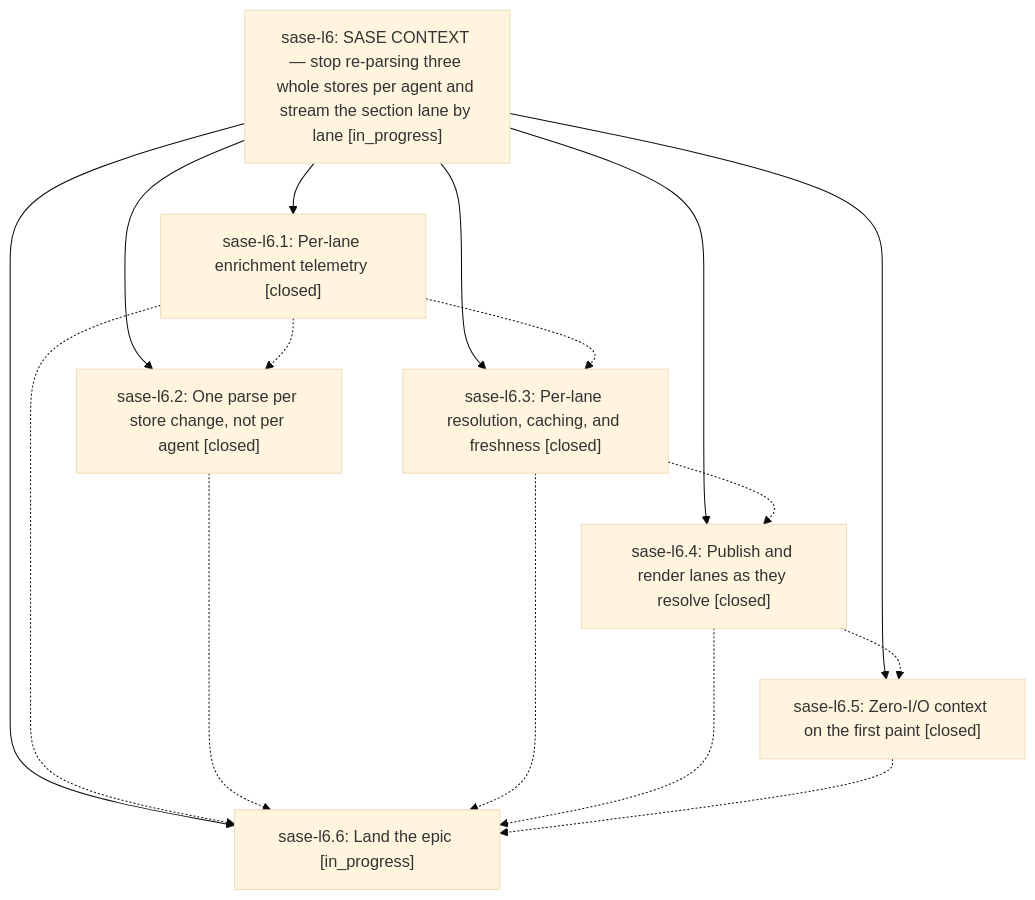
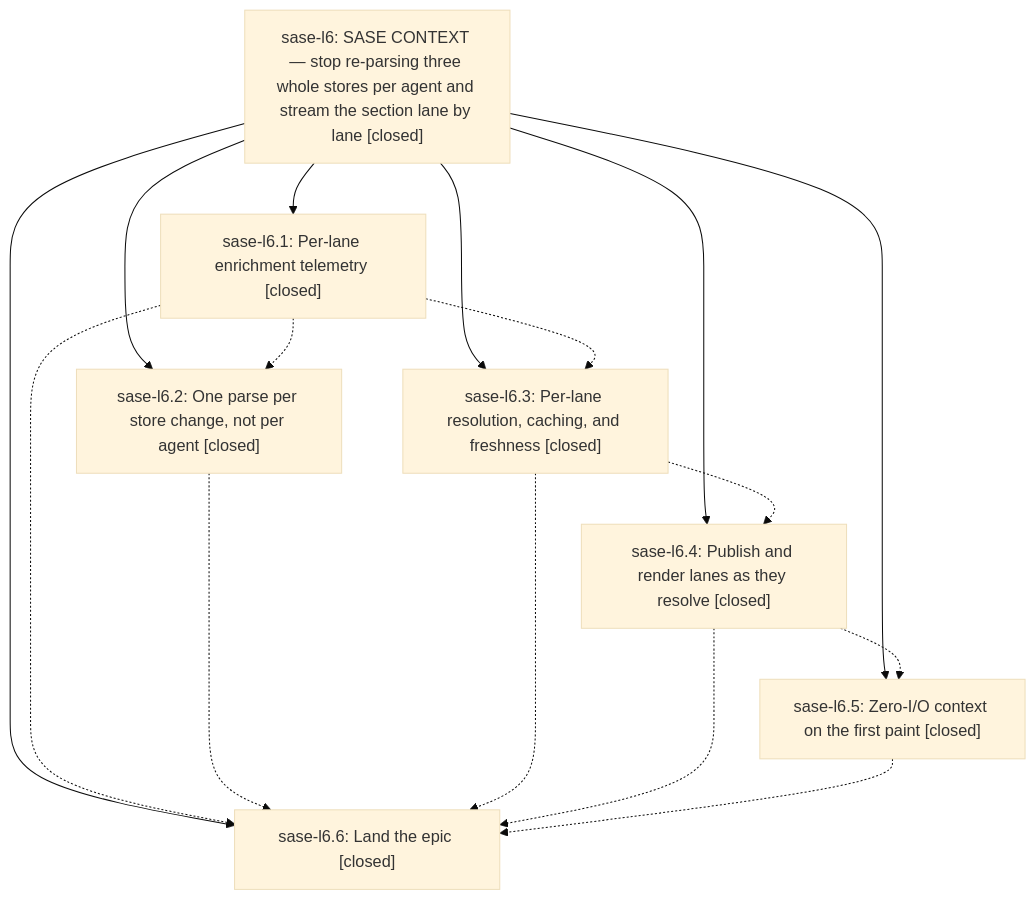
One commit to sase-org/sase--beads changed the diagram in pages/sase-l6/README.md. Above: the diagram before and after it, drawn with Mermaid (base theme). The commit also changed other lines of this file and 6 other files, not shown here.

````diff
--- a/pages/sase-l6/README.md
+++ b/pages/sase-l6/README.md
@@ -27,25 +129,25 @@
 ```mermaid
 flowchart TD
-    n0["sase-l6: SASE CONTEXT — stop re-parsing three whole stores per agent and stream the section lane by lane [in_progress]"]
+    n0["sase-l6: SASE CONTEXT — stop re-parsing three whole stores per agent and stream the section lane by lane [closed]"]
     n1["sase-l6.1: Per-lane enrichment telemetry [closed]"]
     n2["sase-l6.2: One parse per store change, not per agent [closed]"]
     n3["sase-l6.3: Per-lane resolution, caching, and freshness [closed]"]
     n4["sase-l6.4: Publish and render lanes as they resolve [closed]"]
     n5["sase-l6.5: Zero-I/O context on the first paint [closed]"]
-    n6["sase-l6.6: Land the epic [in_progress]"]
+    n6["sase-l6.6: Land the epic [closed]"]
     n0 --> n1
     n0 --> n2
     n0 --> n3
     n0 --> n4
     n0 --> n5
     n0 --> n6
     n1 -.-> n2
     n1 -.-> n3
     n1 -.-> n6
     n2 -.-> n6
     n3 -.-> n4
     n3 -.-> n6
     n4 -.-> n5
     n4 -.-> n6
     n5 -.-> n6
 ```
````
